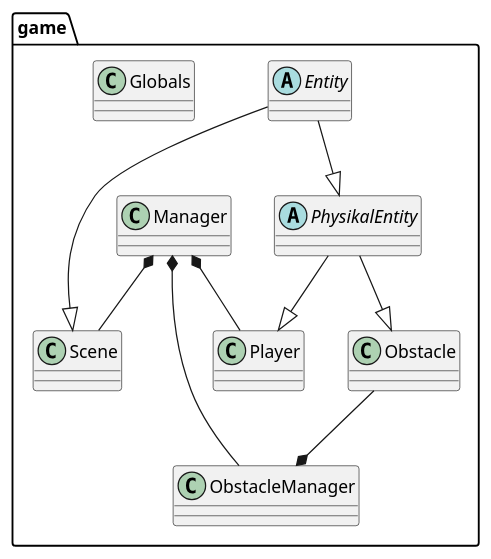
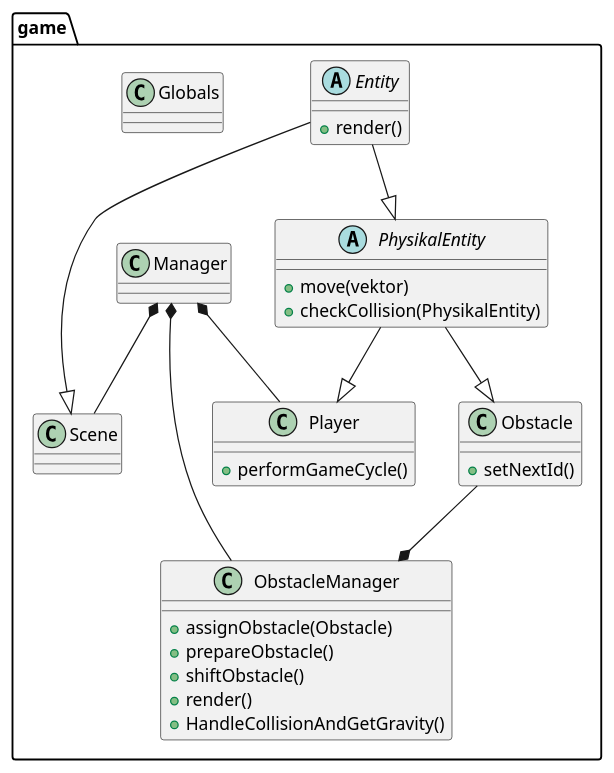
The diagram in Doc/UML/test.puml (LarsDerNorweger/IntTech), drawn with PlantUML before and after one commit. The commit also changed 7 other files, not shown here.

```diff
--- a/Doc/UML/test.puml
+++ b/Doc/UML/test.puml
@@ -1,25 +1,42 @@
 @startuml hallo
 package game{
-    abstract class Entity 
+    abstract class Entity
+    {
+        + render()
+    } 
     class Globals
     class Manager
-    class Obstacle
+    class Obstacle{
+        + setNextId()
+    }
     class ObstacleManager
-    abstract PhysikalEntity
-    class Player
+    {
+        + assignObstacle(Obstacle)
+        + prepareObstacle()
+        + shiftObstacle()
+        + render()
+        + HandleCollisionAndGetGravity()
+    }
+    abstract PhysikalEntity{
+        + move(vektor)
+        + checkCollision(PhysikalEntity)
+    }
+    class Player{
+        + performGameCycle()
+    }
     class Scene
 
     Entity --|> PhysikalEntity
     Entity --|> Scene
     PhysikalEntity --|> Player
     PhysikalEntity --|> Obstacle
 
     Obstacle --* ObstacleManager
 
     Manager *-- ObstacleManager
     Manager *-- Player
-    Manager *-- Scene
+    Manager *-- Scene   
 }
 
 
 @enduml
```
